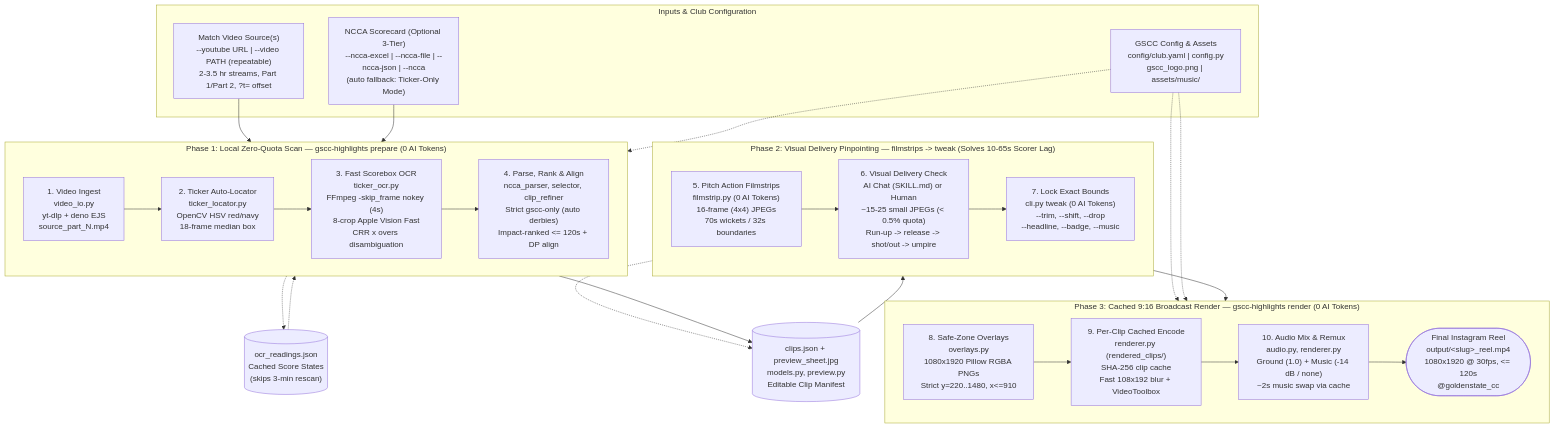
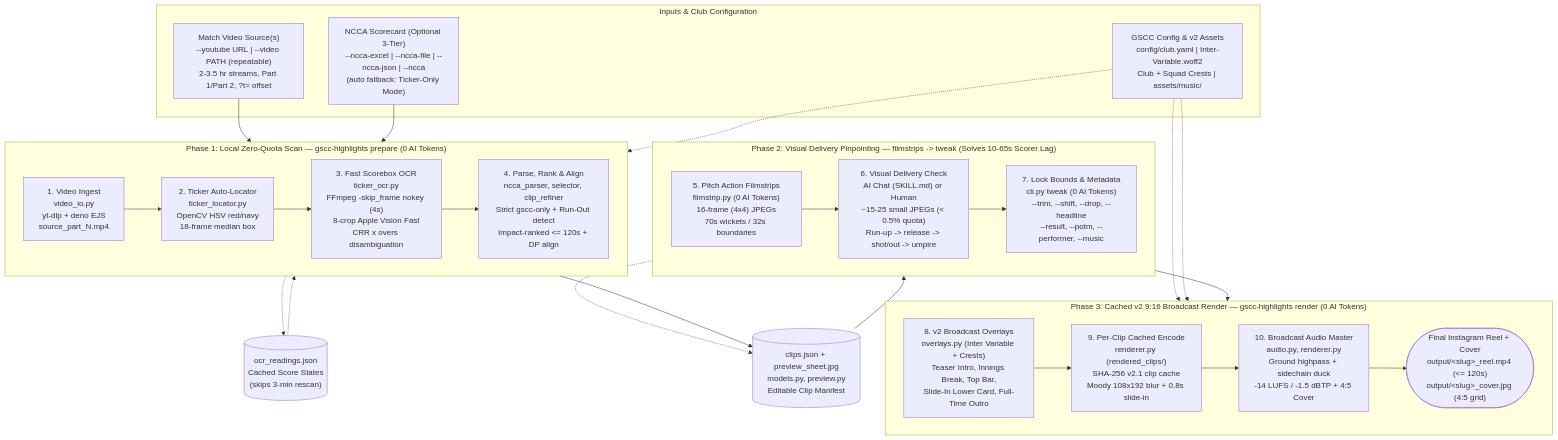
The diagram in utils/social/highlight-reel/README.md (ajthakare/goldenstatecc), drawn with Mermaid before and after one commit. The commit also changed other lines of this file and 15 other files, not shown here.

Commit message:
feat(highlight-reel): v2 Stadium Floodlight broadcast overlays, teaser intro, -14 LUFS mastering & CLI tweaks

````diff
--- a/utils/social/highlight-reel/README.md
+++ b/utils/social/highlight-reel/README.md
@@ -46,49 +46,49 @@
 ```mermaid
 flowchart TB
     subgraph INPUTS["Inputs & Club Configuration"]
         YT["Match Video Source(s)<br/>--youtube URL | --video PATH (repeatable)<br/>2-3.5 hr streams, Part 1/Part 2, ?t= offset"]
         NCCA["NCCA Scorecard (Optional 3-Tier)<br/>--ncca-excel | --ncca-file | --ncca-json | --ncca<br/>(auto fallback: Ticker-Only Mode)"]
-        CFG["GSCC Config & Assets<br/>config/club.yaml | config.py<br/>gscc_logo.png | assets/music/"]
+        CFG["GSCC Config & v2 Assets<br/>config/club.yaml | Inter-Variable.woff2<br/>Club + Squad Crests | assets/music/"]
     end
 
     subgraph PREPARE["Phase 1: Local Zero-Quota Scan — gscc-highlights prepare (0 AI Tokens)"]
         direction LR
         VIO["1. Video Ingest<br/>video_io.py<br/>yt-dlp + deno EJS<br/>source_part_N.mp4"]
         LOC["2. Ticker Auto-Locator<br/>ticker_locator.py<br/>OpenCV HSV red/navy<br/>18-frame median box"]
         OCR["3. Fast Scorebox OCR<br/>ticker_ocr.py<br/>FFmpeg -skip_frame nokey (4s)<br/>8-crop Apple Vision Fast<br/>CRR x overs disambiguation"]
-        ALIGN["4. Parse, Rank & Align<br/>ncca_parser, selector, clip_refiner<br/>Strict gscc-only (auto derbies)<br/>Impact-ranked <= 120s + DP align"]
+        ALIGN["4. Parse, Rank & Align<br/>ncca_parser, selector, clip_refiner<br/>Strict gscc-only + Run-Out detect<br/>Impact-ranked <= 120s + DP align"]
         VIO --> LOC --> OCR --> ALIGN
     end
 
     CACHE_OCR[("ocr_readings.json<br/>Cached Score States<br/>(skips 3-min rescan)")]
     MANIFEST[("clips.json + preview_sheet.jpg<br/>models.py, preview.py<br/>Editable Clip Manifest")]
 
     subgraph PINPOINT["Phase 2: Visual Delivery Pinpointing — filmstrips -> tweak (Solves 10-65s Scorer Lag)"]
         direction LR
         FS["5. Pitch Action Filmstrips<br/>filmstrip.py (0 AI Tokens)<br/>16-frame (4x4) JPEGs<br/>70s wickets / 32s boundaries"]
         VERIFY["6. Visual Delivery Check<br/>AI Chat (SKILL.md) or Human<br/>~15-25 small JPEGs (< 0.5% quota)<br/>Run-up -> release -> shot/out -> umpire"]
-        TWEAK["7. Lock Exact Bounds<br/>cli.py tweak (0 AI Tokens)<br/>--trim, --shift, --drop<br/>--headline, --badge, --music"]
+        TWEAK["7. Lock Bounds & Metadata<br/>cli.py tweak (0 AI Tokens)<br/>--trim, --shift, --drop, --headline<br/>--result, --potm, --performer, --music"]
         FS --> VERIFY --> TWEAK
     end
 
-    subgraph RENDER["Phase 3: Cached 9:16 Broadcast Render — gscc-highlights render (0 AI Tokens)"]
+    subgraph RENDER["Phase 3: Cached v2 9:16 Broadcast Render — gscc-highlights render (0 AI Tokens)"]
         direction LR
-        OVL["8. Safe-Zone Overlays<br/>overlays.py<br/>1080x1920 Pillow RGBA PNGs<br/>Strict y=220..1480, x<=910"]
-        ENC["9. Per-Clip Cached Encode<br/>renderer.py (rendered_clips/)<br/>SHA-256 clip cache<br/>Fast 108x192 blur + VideoToolbox"]
-        MIX["10. Audio Mix & Remux<br/>audio.py, renderer.py<br/>Ground (1.0) + Music (-14 dB / none)<br/>~2s music swap via cache"]
-        OUT(["Final Instagram Reel<br/>output/&lt;slug&gt;_reel.mp4<br/>1080x1920 @ 30fps, <= 120s<br/>@goldenstate_cc"])
+        OVL["8. v2 Broadcast Overlays<br/>overlays.py (Inter Variable + Crests)<br/>Teaser Intro, Innings Break, Top Bar,<br/>Slide-In Lower Card, Full-Time Outro"]
+        ENC["9. Per-Clip Cached Encode<br/>renderer.py (rendered_clips/)<br/>SHA-256 v2.1 clip cache<br/>Moody 108x192 blur + 0.8s slide-in"]
+        MIX["10. Broadcast Audio Master<br/>audio.py, renderer.py<br/>Ground highpass + sidechain duck<br/>-14 LUFS / -1.5 dBTP + 4:5 Cover"]
+        OUT(["Final Instagram Reel + Cover<br/>output/&lt;slug&gt;_reel.mp4 (<= 120s)<br/>output/&lt;slug&gt;_cover.jpg (4:5 grid)"])
         OVL --> ENC --> MIX --> OUT
     end
 
     YT --> VIO
     NCCA --> ALIGN
     CFG -.-> ALIGN
     CFG -.-> OVL
     CFG -.-> MIX
     OCR -.-> CACHE_OCR
     CACHE_OCR -.-> OCR
     ALIGN --> MANIFEST
     MANIFEST --> FS
     TWEAK -.-> MANIFEST
     TWEAK --> OVL
 ```
````
